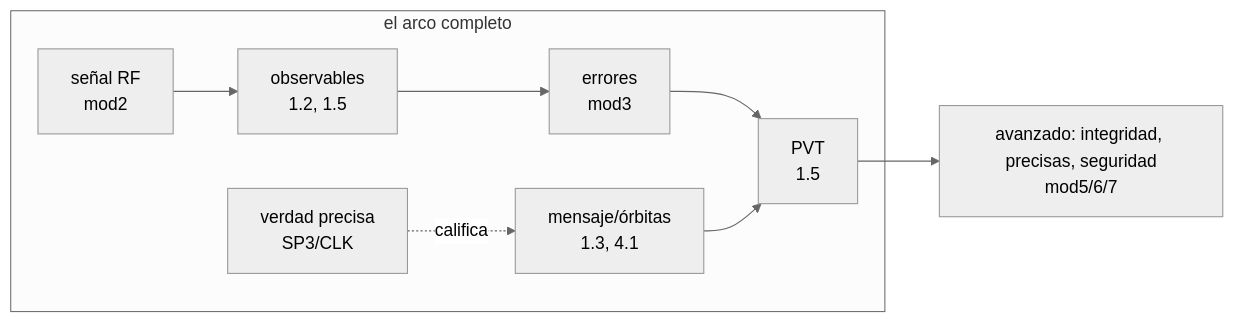
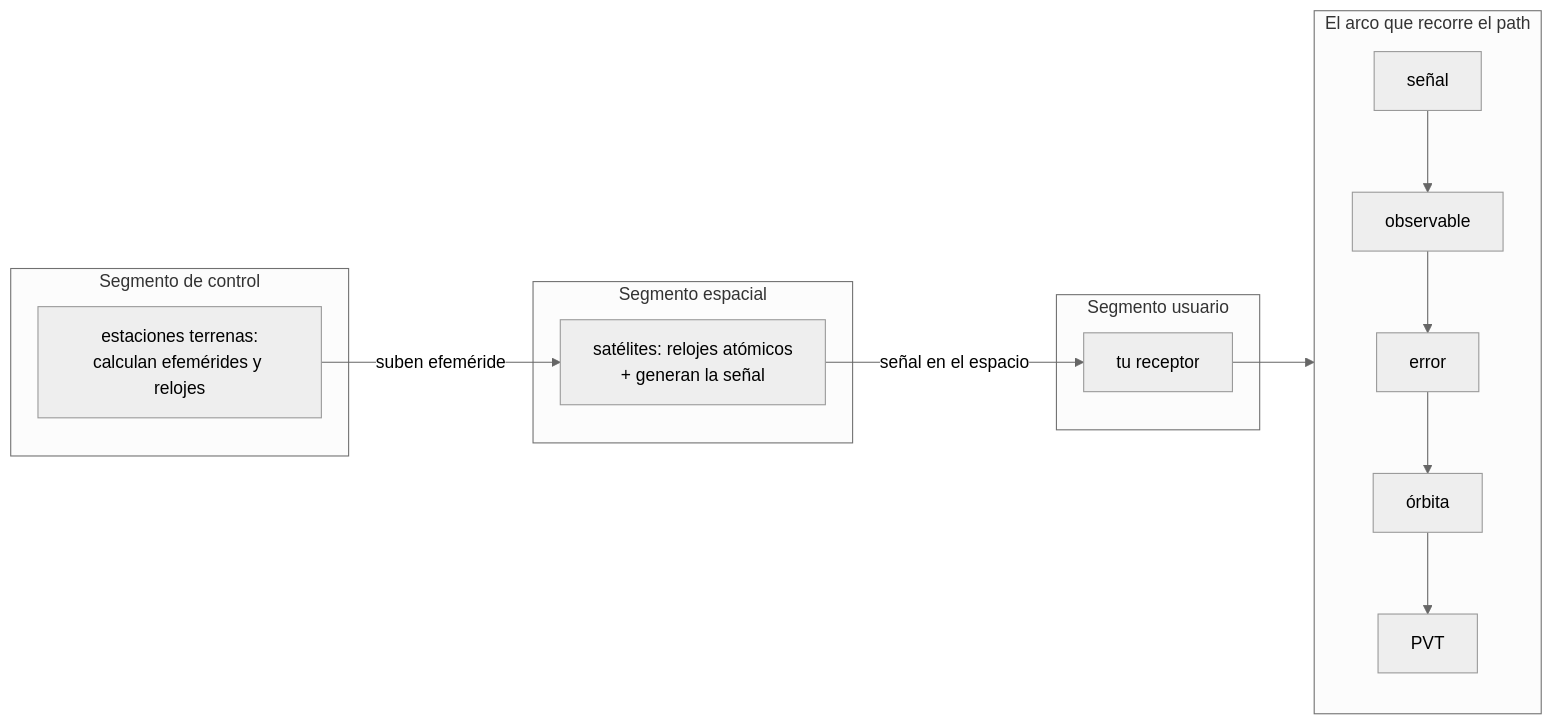
The diagram in clases/mod0-prerrequisitos/vision-global/README.md (iriartmaxim/gnss-learning-labs), drawn with Mermaid (neutral theme) before and after one commit. The commit also changed other lines of this file and 22 other files, not shown here.

````diff
--- a/clases/mod0-prerrequisitos/vision-global/README.md
+++ b/clases/mod0-prerrequisitos/vision-global/README.md
@@ -22,10 +20,18 @@
 ```mermaid
 flowchart LR
-    subgraph ARCO[el arco completo]
-        S[señal RF<br/>mod2] --> O[observables<br/>1.2, 1.5]
-        O --> E[errores<br/>mod3] --> P[PVT<br/>1.5]
-        M[mensaje/órbitas<br/>1.3, 4.1] --> P
-        V[verdad precisa<br/>SP3/CLK] -.califica.-> M
+    subgraph ESP[Segmento espacial]
+      SAT[satélites: relojes atómicos<br/>+ generan la señal]
     end
-    P --> AV[avanzado: integridad, precisas, seguridad<br/>mod5/6/7]
+    subgraph CTRL[Segmento de control]
+      GS[estaciones terrenas:<br/>calculan efemérides y relojes]
+    end
+    subgraph USR[Segmento usuario]
+      RX[tu receptor]
+    end
+    GS -->|suben efeméride| SAT
+    SAT -->|señal en el espacio| RX
+    RX --> ARCO
+    subgraph ARCO[El arco que recorre el path]
+      S[señal] --> O[observable] --> E[error] --> OR[órbita] --> PVT[PVT]
+    end
 ```
````
